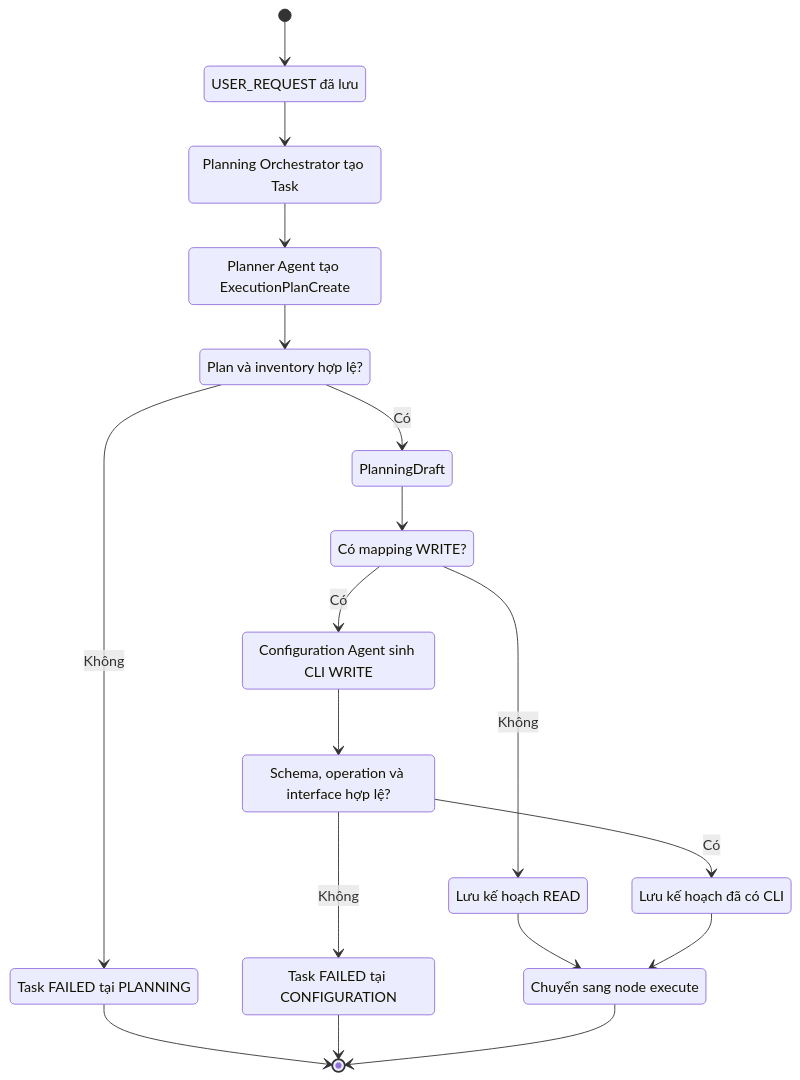
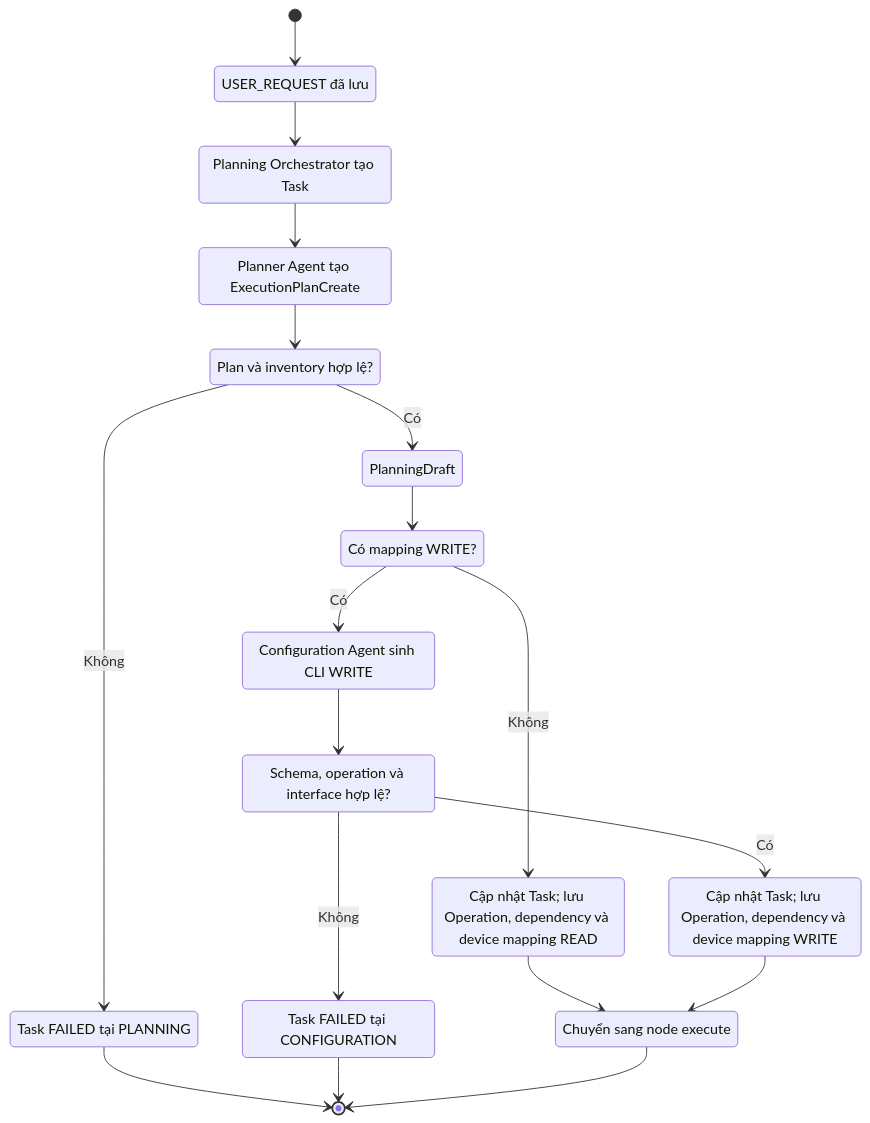
One commit to mujin0422/network-multi-agent-system-backend changed the fifth of 12 diagrams in docs/reports/report-end-of-term.md. Above: the diagram before and after it, drawn with Mermaid. The commit also changed other lines of this file, not shown here.

````diff
--- a/docs/reports/report-end-of-term.md
+++ b/docs/reports/report-end-of-term.md
@@ -999,37 +1013,37 @@
 ```mermaid
 stateDiagram-v2
     state "USER_REQUEST đã lưu" as A
     state "Planning Orchestrator tạo Task" as B
     state "Planner Agent tạo ExecutionPlanCreate" as C
     state "Plan và inventory hợp lệ?" as D
     state D <<choice>>
     state "Task FAILED tại PLANNING" as X
     state "PlanningDraft" as E
     state "Có mapping WRITE?" as F
     state F <<choice>>
-    state "Lưu kế hoạch READ" as I
+    state "Cập nhật Task; lưu Operation, dependency và device mapping READ" as I
     state "Configuration Agent sinh CLI WRITE" as G
     state "Schema, operation và interface hợp lệ?" as H
     state H <<choice>>
     state "Task FAILED tại CONFIGURATION" as Y
-    state "Lưu kế hoạch đã có CLI" as J
+    state "Cập nhật Task; lưu Operation, dependency và device mapping WRITE" as J
     state "Chuyển sang node execute" as K
 
     [*] --> A
     A --> B
     B --> C
     C --> D
     D --> X: Không
     D --> E: Có
     E --> F
     F --> I: Không
     F --> G: Có
     G --> H
     H --> Y: Không
     H --> J: Có
     I --> K
     J --> K
     X --> [*]
     Y --> [*]
     K --> [*]
 ```
````
